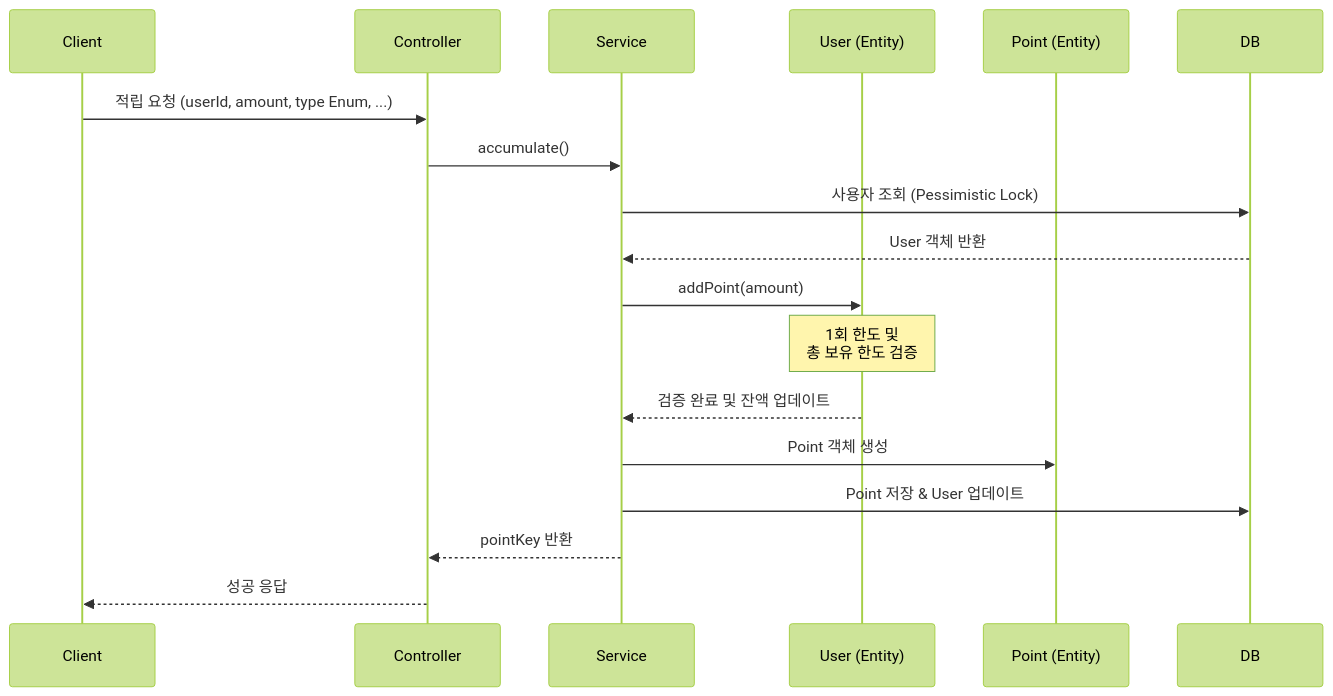
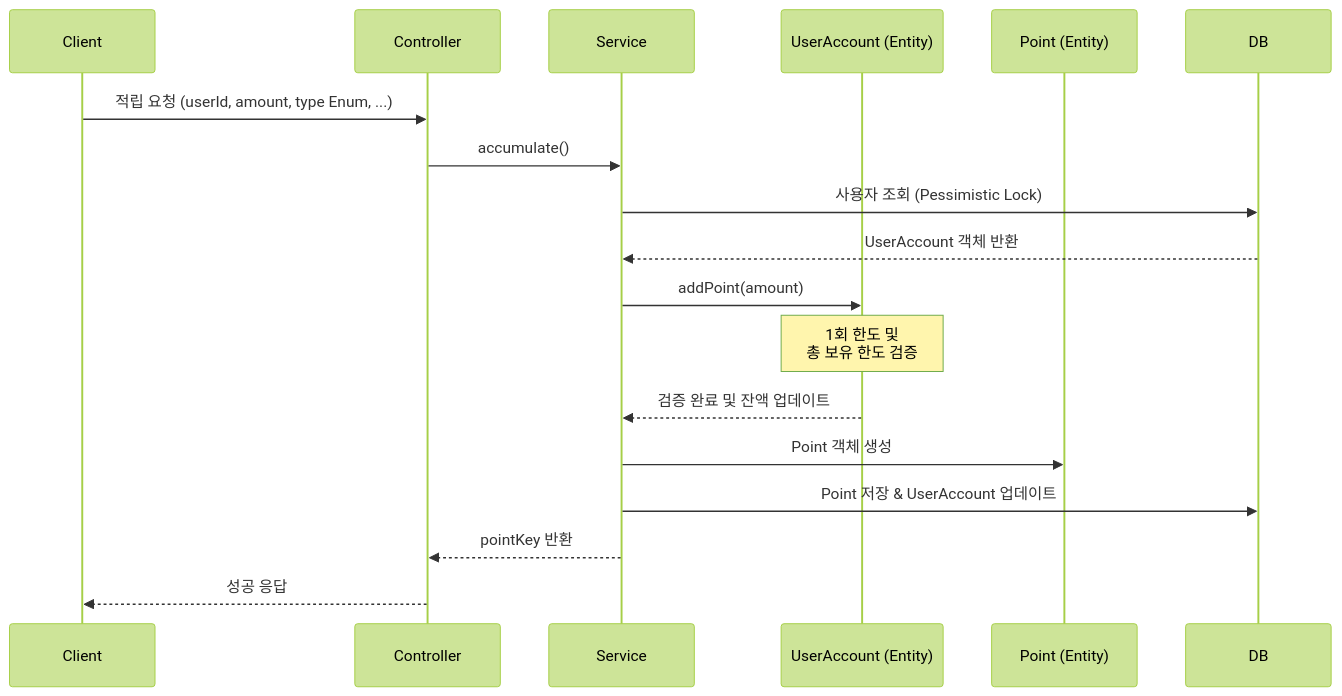
The diagram in docs/api/적립.md (muzzaiwork/point), drawn with Mermaid (forest theme) before and after one commit. The commit also changed other lines of this file and 15 other files, not shown here.

Commit message:
Rename User and UserRepository to UserAccount and UserAccountRepository

````diff
--- a/docs/api/적립.md
+++ b/docs/api/적립.md
@@ -60,22 +60,22 @@
 ```mermaid
 sequenceDiagram
     participant Client
     participant Controller
     participant Service
-    participant UserEntity as User (Entity)
+    participant UserAccountEntity as UserAccount (Entity)
     participant PointEntity as Point (Entity)
     participant DB
 
     Client->>Controller: 적립 요청 (userId, amount, type Enum, ...)
     Controller->>Service: accumulate()
     Service->>DB: 사용자 조회 (Pessimistic Lock)
-    DB-->>Service: User 객체 반환
-    Service->>UserEntity: addPoint(amount)
-    Note over UserEntity: 1회 한도 및<br/>총 보유 한도 검증
-    UserEntity-->>Service: 검증 완료 및 잔액 업데이트
+    DB-->>Service: UserAccount 객체 반환
+    Service->>UserAccountEntity: addPoint(amount)
+    Note over UserAccountEntity: 1회 한도 및<br/>총 보유 한도 검증
+    UserAccountEntity-->>Service: 검증 완료 및 잔액 업데이트
     
     Service->>PointEntity: Point 객체 생성
-    Service->>DB: Point 저장 & User 업데이트
+    Service->>DB: Point 저장 & UserAccount 업데이트
     Service-->>Controller: pointKey 반환
     Controller-->>Client: 성공 응답
 ```
````
